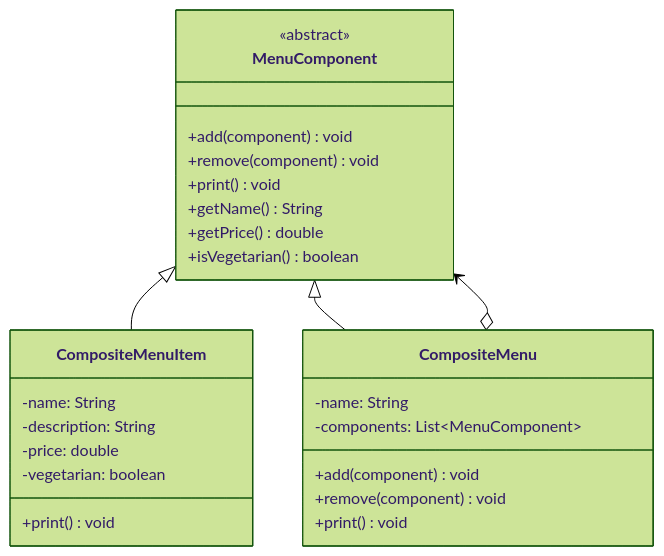
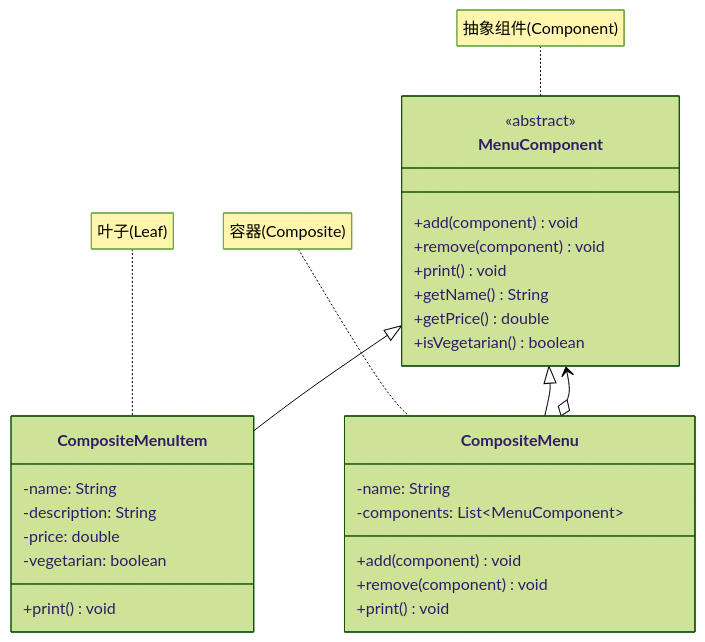
Before and after one commit to luguosong/programming-notes: the diagram in docs/topic/design-patterns/structural-patterns/composite/index.md, drawn with Mermaid (forest theme). The commit also changed 23 other files, not shown here.

First line of the commit message:
fix: 修正设计模式 UML 箭头类型并添加角色标注

````diff
--- a/docs/topic/design-patterns/structural-patterns/composite/index.md
+++ b/docs/topic/design-patterns/structural-patterns/composite/index.md
@@ -27,29 +27,32 @@
 ```mermaid
 classDiagram
     class MenuComponent {
         <<abstract>>
         +add(component) void
         +remove(component) void
         +print() void
         +getName() String
         +getPrice() double
         +isVegetarian() boolean
     }
     class CompositeMenuItem {
         -name: String
         -description: String
         -price: double
         -vegetarian: boolean
         +print() void
     }
     class CompositeMenu {
         -name: String
         -components: List~MenuComponent~
         +add(component) void
         +remove(component) void
         +print() void
     }
     MenuComponent <|-- CompositeMenuItem
     MenuComponent <|-- CompositeMenu
     CompositeMenu o--> MenuComponent
+    note for MenuComponent "抽象组件(Component)"
+    note for CompositeMenuItem "叶子(Leaf)"
+    note for CompositeMenu "容器(Composite)"
 ```
````
